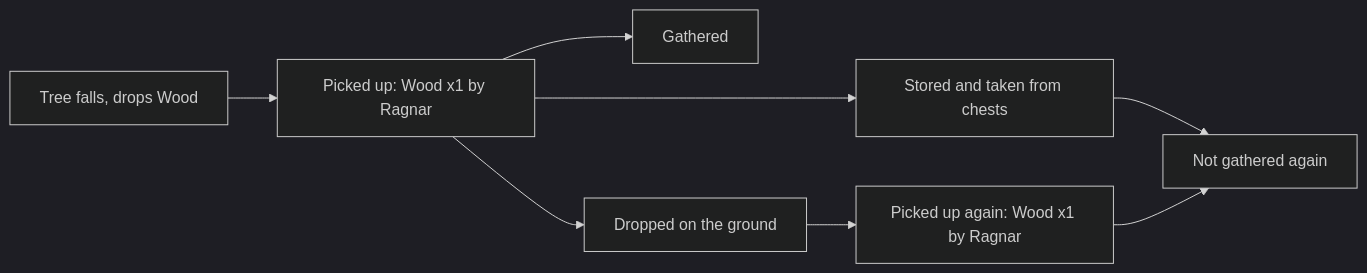
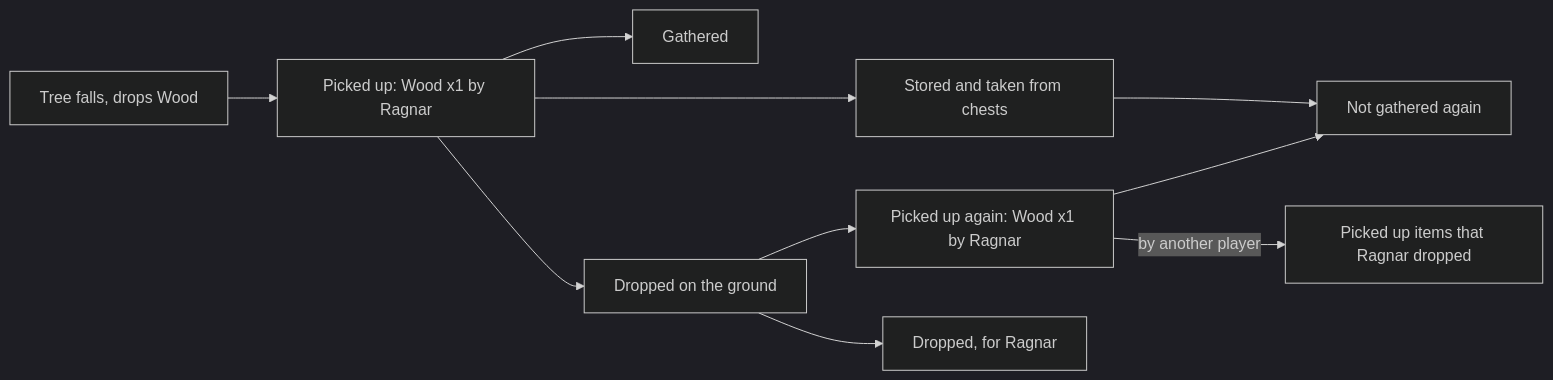
Diagram 18 of 23 in docs/architecture.md (cristiadu/valheim-dashboard), drawn with Mermaid (dark theme) before and after one commit. The commit also changed other lines of this file and 7 other files, not shown here.

Commit message:
Saga and Hall: items dropped, and items picked up that another player dropped (#130)

````diff
--- a/docs/architecture.md
+++ b/docs/architecture.md
@@ -393,6 +393,8 @@
 ```mermaid
 flowchart LR
   tree[Tree falls, drops Wood] --> first["Picked up: Wood x1 by Ragnar"] --> gathered[Gathered]
   first --> chest[Stored and taken from chests] --> notgathered[Not gathered again]
   first --> drop[Dropped on the ground] --> again["Picked up again: Wood x1 by Ragnar"] --> notgathered
+  drop --> dropped[Dropped, for Ragnar]
+  again -->|by another player| received["Picked up items that Ragnar dropped"]
 ```
````
